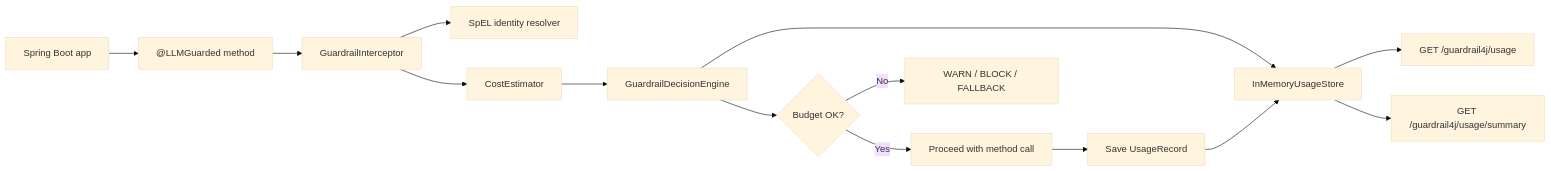
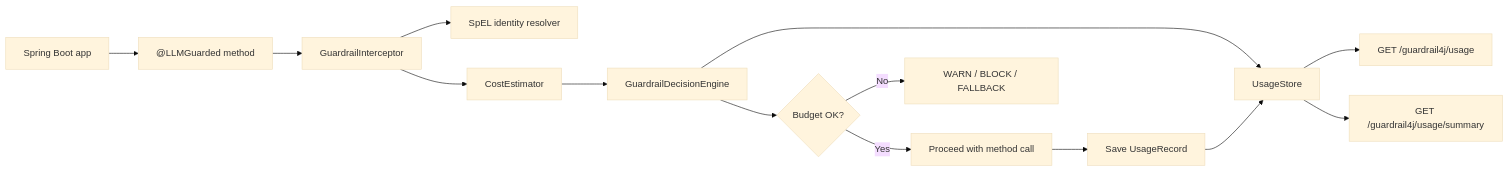
The diagram in README.md (AbaSheger/guardrail4j), drawn with Mermaid (base theme) before and after one commit. The commit also changed other lines of this file, not shown here.

````diff
--- a/README.md
+++ b/README.md
@@ -126,16 +140,16 @@
 ```mermaid
 flowchart LR
     App["Spring Boot app"] --> Guarded["@LLMGuarded method"]
     Guarded --> Interceptor["GuardrailInterceptor"]
     Interceptor --> Spel["SpEL identity resolver"]
     Interceptor --> Cost["CostEstimator"]
     Cost --> Decision["GuardrailDecisionEngine"]
-    Decision --> Store["InMemoryUsageStore"]
+    Decision --> Store["UsageStore"]
     Decision --> Allow{"Budget OK?"}
     Allow -->|Yes| Proceed["Proceed with method call"]
     Allow -->|No| Action["WARN / BLOCK / FALLBACK"]
     Proceed --> Record["Save UsageRecord"]
     Record --> Store
     Store --> Usage["GET /guardrail4j/usage"]
     Store --> Summary["GET /guardrail4j/usage/summary"]
 ```
````
